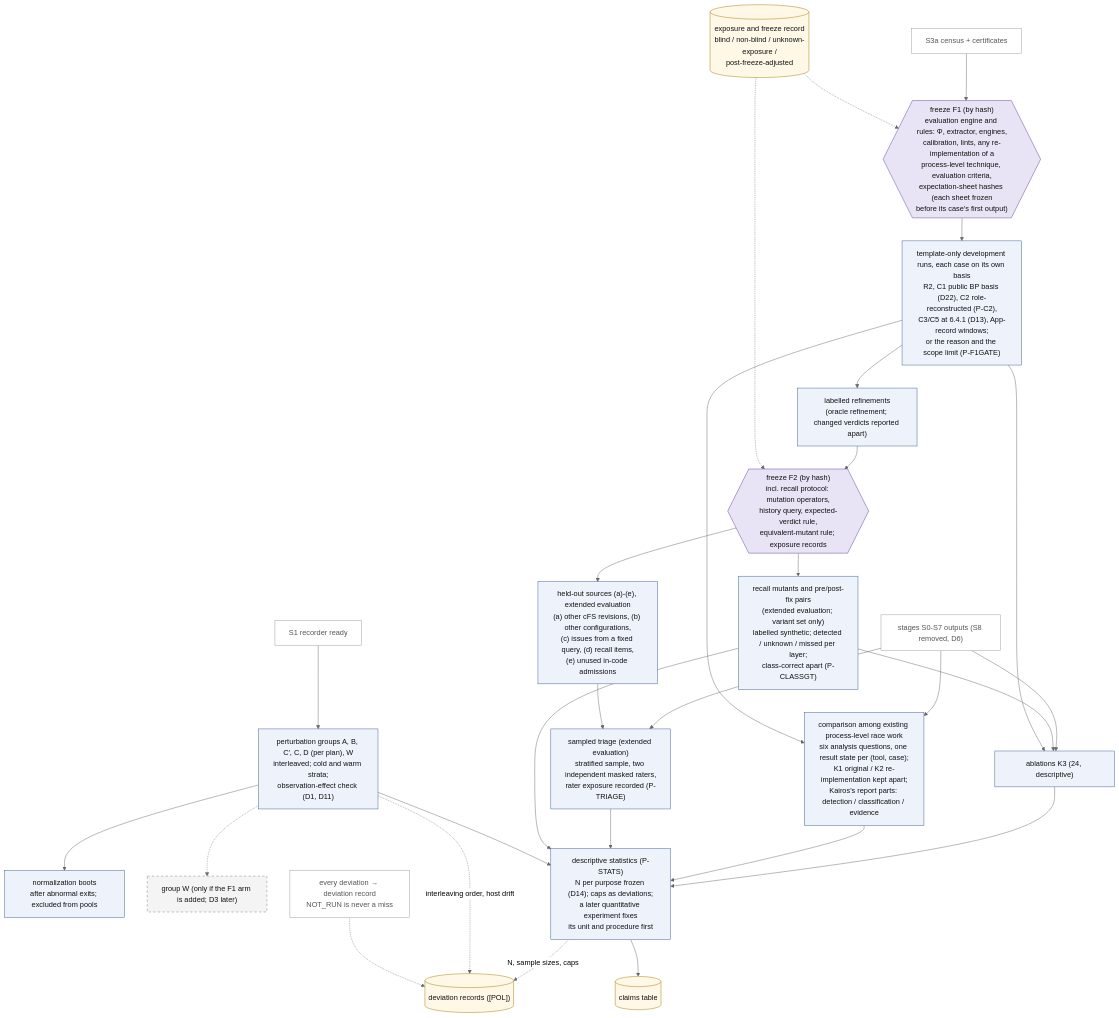
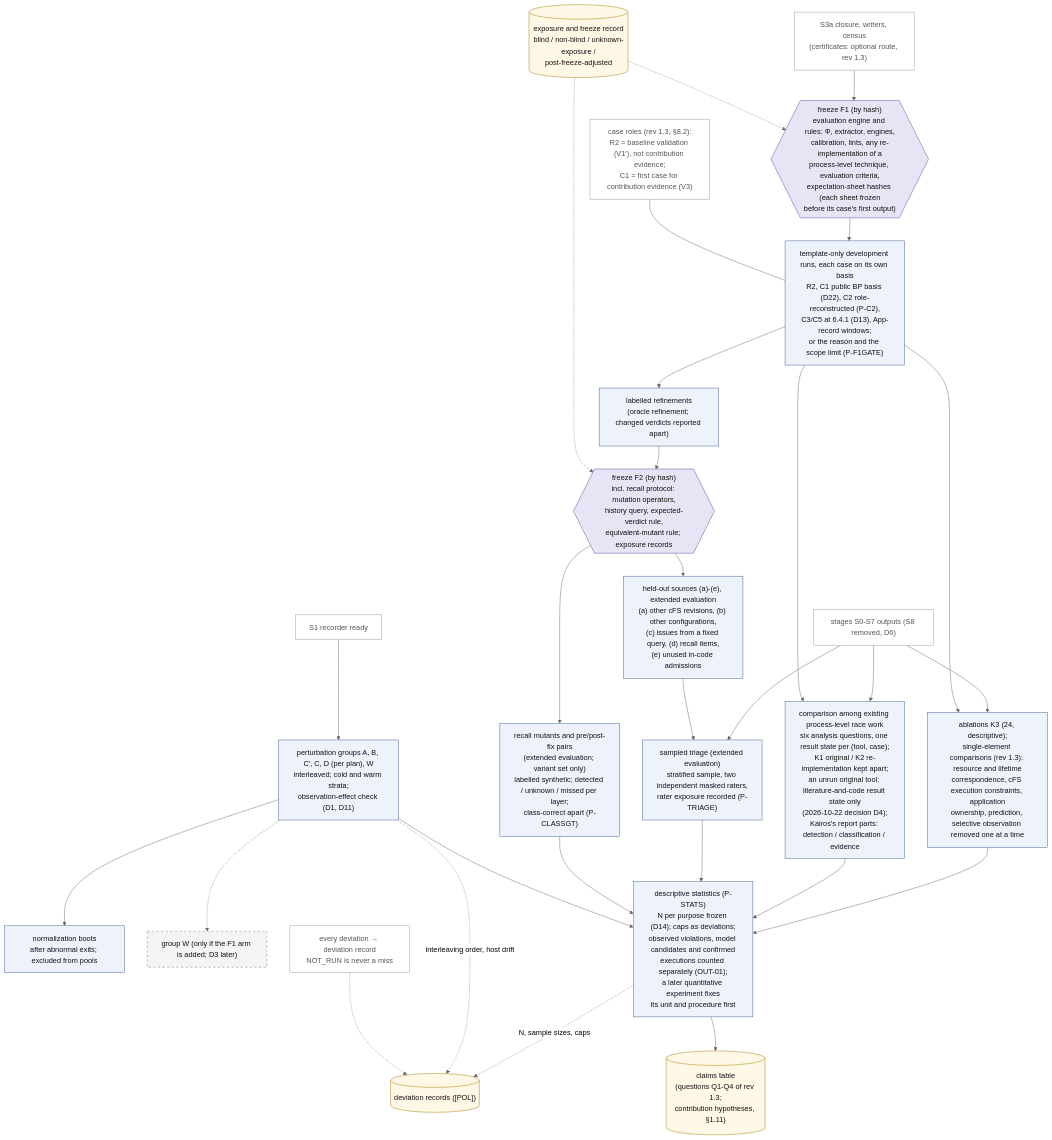
Before and after one commit to wookjaeya/Shape-Perf: the diagram in research/cfs_procrace/Architecture/07_evaluation.md, drawn with Mermaid (neutral theme). The commit also changed other lines of this file and 41 other files, not shown here.

First line of the commit message:
rev 1.3 diagrams: D0-D4, D6-D9 updated and re-rendered (mermaid-cli 11.17.0); diagrams README at rev 1.3; embedded figure blocks in 01-10 synced with the sources

````diff
--- a/research/cfs_procrace/Architecture/07_evaluation.md
+++ b/research/cfs_procrace/Architecture/07_evaluation.md
@@ -121,64 +121,65 @@
 ```mermaid
 flowchart TD
     %% D4 detail - evaluation path: freezes, development runs, extended evaluation (held-out, recall, triage), comparison, statistics.
-    %% Source: spec §12 D4 (rev 1.2); §7.2, §7.5, §8.2-8.7, [POL].
+    %% Source: spec §12 D4 (rev 1.2); §7.2, §7.5, §8.1-8.7 (rev 1.3: §8.2 case roles, §8.3 unrun tools, §8.4 single-element comparisons), [POL].
     %% Dashed border = later or added only by a decision. Dashed edge = record-keeping or decision-gated path.
 
     S1["S1 recorder ready"]
-    S3A["S3a census + certificates"]
+    S3A["S3a closure, writers, census<br/>(certificates: optional route, rev 1.3)"]
     STG["stages S0-S7 outputs (S8 removed, D6)"]
+    ROLE["case roles (rev 1.3, §8.2):<br/>R2 = baseline validation (V1′), not contribution evidence;<br/>C1 = first case for contribution evidence (V3)"]
 
     F1{{"freeze F1 (by hash)<br/>evaluation engine and rules: Φ, extractor, engines,<br/>calibration, lints, any re-implementation of a<br/>process-level technique, evaluation criteria,<br/>expectation-sheet hashes (each sheet frozen<br/>before its case's first output)"}}
     TO["template-only development runs, each case on its own basis<br/>R2, C1 public BP basis (D22), C2 role-reconstructed (P-C2),<br/>C3/C5 at 6.4.1 (D13), App-record windows;<br/>or the reason and the scope limit (P-F1GATE)"]
     REF["labelled refinements<br/>(oracle refinement; changed verdicts reported apart)"]
     F2{{"freeze F2 (by hash)<br/>incl. recall protocol: mutation operators,<br/>history query, expected-verdict rule,<br/>equivalent-mutant rule; exposure records"}}
     EXP[("exposure and freeze record<br/>blind / non-blind / unknown-exposure /<br/>post-freeze-adjusted")]
     HO["held-out sources (a)-(e), extended evaluation<br/>(a) other cFS revisions, (b) other configurations,<br/>(c) issues from a fixed query, (d) recall items,<br/>(e) unused in-code admissions"]
     RCL["recall mutants and pre/post-fix pairs<br/>(extended evaluation; variant set only)<br/>labelled synthetic; detected / unknown / missed per layer;<br/>class-correct apart (P-CLASSGT)"]
     TRI["sampled triage (extended evaluation)<br/>stratified sample, two independent masked raters,<br/>rater exposure recorded (P-TRIAGE)"]
-    ABL["ablations K3 (24, descriptive)"]
-    BAS["comparison among existing process-level race work<br/>six analysis questions, one result state per (tool, case);<br/>K1 original / K2 re-implementation kept apart;<br/>Kairos's report parts: detection / classification / evidence"]
+    ABL["ablations K3 (24, descriptive);<br/>single-element comparisons (rev 1.3): resource and lifetime<br/>correspondence, cFS execution constraints, application<br/>ownership, prediction, selective observation removed one at a time"]
+    BAS["comparison among existing process-level race work<br/>six analysis questions, one result state per (tool, case);<br/>K1 original / K2 re-implementation kept apart;<br/>an unrun original tool: literature-and-code result state only<br/>(2026-10-22 decision D4);<br/>Kairos's report parts: detection / classification / evidence"]
     PG["perturbation groups A, B, C′, C, D (per plan), W<br/>interleaved; cold and warm strata;<br/>observation-effect check (D1, D11)"]
     NB["normalization boots<br/>after abnormal exits; excluded from pools"]
     WG["group W (only if the F1 arm is added; D3 later)"]
-    STAT["descriptive statistics (P-STATS)<br/>N per purpose frozen (D14); caps as deviations;<br/>a later quantitative experiment fixes<br/>its unit and procedure first"]
-    CLAIMS[("claims table")]
+    STAT["descriptive statistics (P-STATS)<br/>N per purpose frozen (D14); caps as deviations;<br/>observed violations, model candidates and confirmed<br/>executions counted separately (OUT-01);<br/>a later quantitative experiment fixes<br/>its unit and procedure first"]
+    CLAIMS[("claims table<br/>(questions Q1-Q4 of rev 1.3;<br/>contribution hypotheses, §1.11)")]
     DEV[("deviation records ([POL])")]
 
     S3A --> F1 --> TO --> REF --> F2
     F2 --> HO
     F2 --> RCL
     EXP -.-> F1
     EXP -.-> F2
     S1 --> PG
     PG --> NB
     PG -.-> WG
     STG --> ABL
     STG --> BAS
     STG --> TRI
     HO --> TRI
-    RCL --> ABL
     TO --> ABL
     TO --> BAS
+    ROLE --- TO
     ABL --> STAT
     BAS --> STAT
     TRI --> STAT
     RCL --> STAT
     PG --> STAT
     STAT --> CLAIMS
     STAT -.->|"N, sample sizes, caps"| DEV
     PG -.->|"interleaving order, host drift"| DEV
     NOTE["every deviation → deviation record<br/>NOT_RUN is never a miss"]
     NOTE -.-> DEV
 
     classDef comp fill:#eef3fb,stroke:#3b5b92,color:#111
     classDef frz fill:#e9e4f5,stroke:#5b3f99,color:#111
     classDef art fill:#fff8e6,stroke:#a07a00,color:#111
     classDef gated fill:#f4f4f4,stroke:#777,stroke-dasharray:5 5,color:#111
     classDef ref fill:#ffffff,stroke:#999,color:#555
     class TO,REF,HO,RCL,TRI,ABL,BAS,PG,NB,STAT comp
     class F1,F2 frz
     class CLAIMS,DEV,EXP art
     class WG gated
-    class S1,S3A,STG,NOTE ref
+    class S1,S3A,STG,NOTE,ROLE ref
 ```
````
